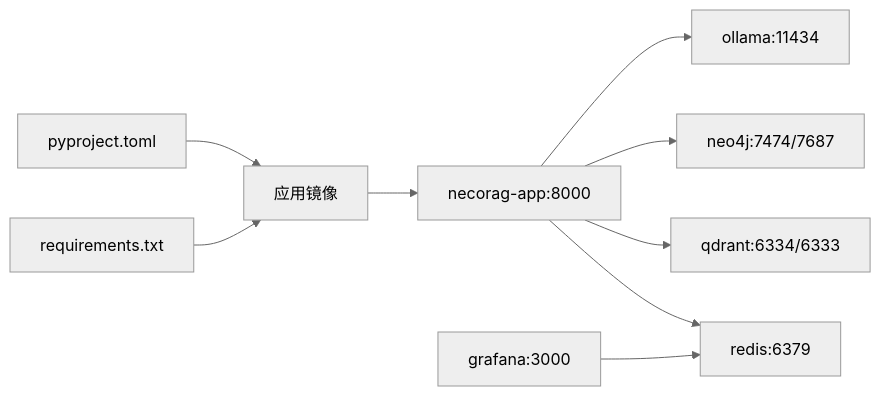
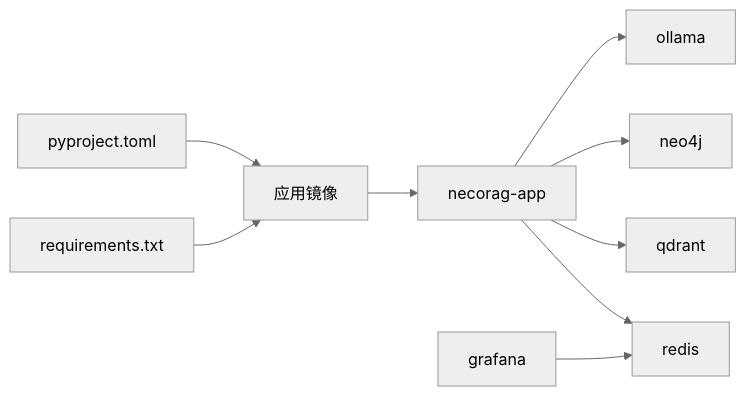
Before and after one commit to JieGaoPrinceton/NecoRAG: the fifth of 5 diagrams in .qoder/repowiki/zh/content/部署与运维/容器化部署.md, drawn with Mermaid (neutral theme). The commit also changed other lines of this file and 181 other files, not shown here.

````diff
--- a/.qoder/repowiki/zh/content/部署与运维/容器化部署.md
+++ b/.qoder/repowiki/zh/content/部署与运维/容器化部署.md
@@ -264,11 +285,11 @@
 ```mermaid
 graph LR
-REQ["requirements.txt"] --> IMG["应用镜像"]
-PYP["pyproject.toml"] --> IMG
-IMG --> APP["necorag-app:8000"]
-APP --> REDIS["redis:6379"]
-APP --> QDRNT["qdrant:6334/6333"]
-APP --> NEO4J["neo4j:7474/7687"]
-APP --> OLL["ollama:11434"]
-GRAF["grafana:3000"] --> REDIS
+Req["requirements.txt"] --> Img["应用镜像"]
+Pyproj["pyproject.toml"] --> Img
+Img --> App["necorag-app"]
+App --> Redis["redis"]
+App --> Qdrant["qdrant"]
+App --> Neo4j["neo4j"]
+App --> Ollama["ollama"]
+Grafana["grafana"] --> Redis
 ```
````
